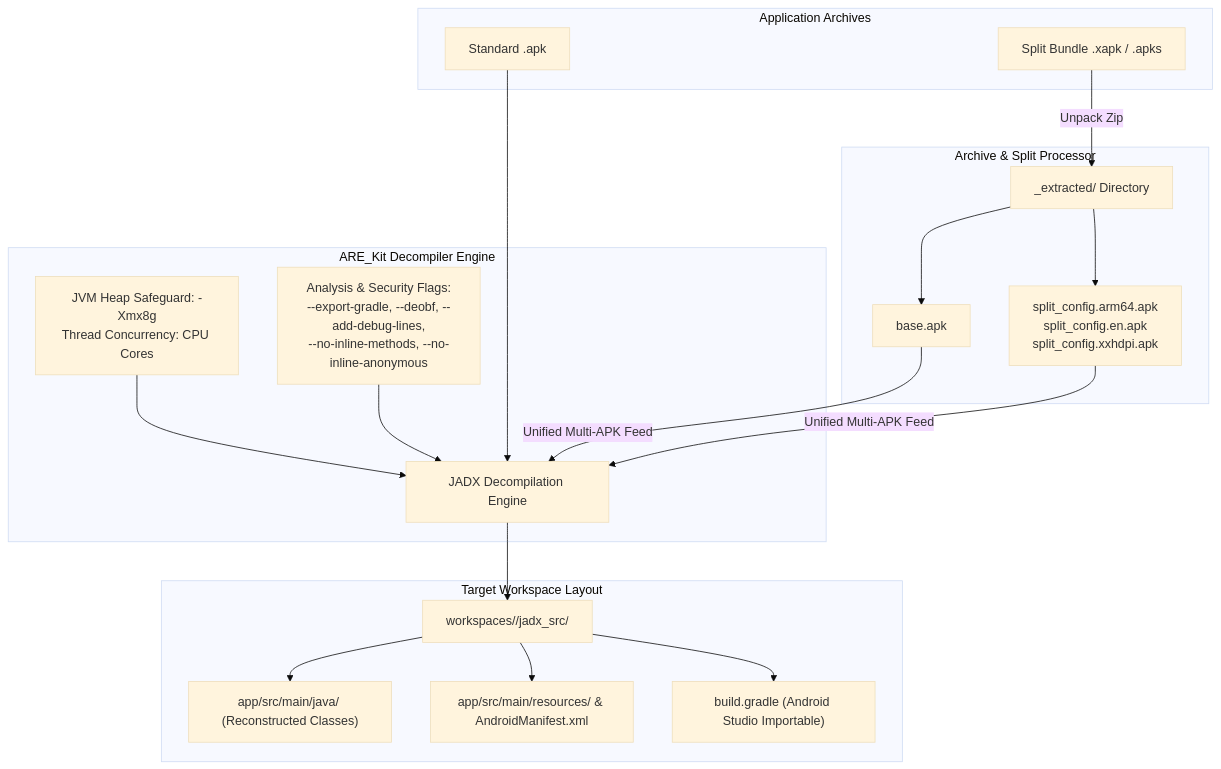
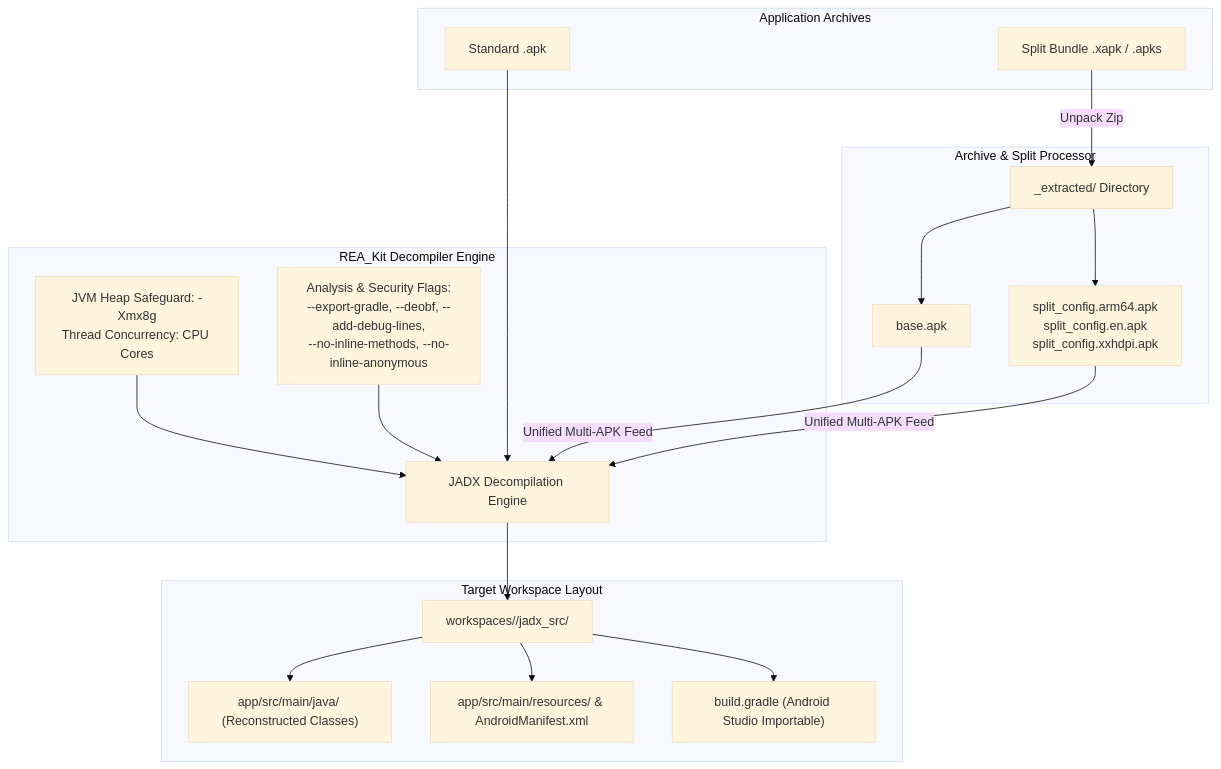
Before and after one commit to impeterwayne/REAKit: the diagram in docs/decompilation.md, drawn with Mermaid (base theme). The commit also changed other lines of this file and 73 other files, not shown here.

Commit message:
feat: rebrand to REA_Kit and add JADX documentation

````diff
--- a/docs/decompilation.md
+++ b/docs/decompilation.md
@@ -11,28 +11,28 @@
 ```mermaid
 graph TD
     subgraph Input ["Application Archives"]
         APK[Standard .apk]
         XAPK[Split Bundle .xapk / .apks]
     end
 
     subgraph Extraction ["Archive & Split Processor"]
         XAPK -->|Unpack Zip| Extracted["_extracted/ Directory"]
         Extracted --> Base[base.apk]
         Extracted --> Splits[split_config.arm64.apk<br/>split_config.en.apk<br/>split_config.xxhdpi.apk]
     end
 
-    subgraph Decompiler ["ARE_Kit Decompiler Engine"]
+    subgraph Decompiler ["REA_Kit Decompiler Engine"]
         APK --> Engine[JADX Decompilation Engine]
         Base & Splits -->|Unified Multi-APK Feed| Engine
         
         Safeguards[JVM Heap Safeguard: -Xmx8g<br/>Thread Concurrency: CPU Cores] --> Engine
         Flags[Analysis & Security Flags:<br/>--export-gradle, --deobf, --add-debug-lines,<br/>--no-inline-methods, --no-inline-anonymous] --> Engine
     end
 
     subgraph Output ["Target Workspace Layout"]
         Engine --> OutputDir["workspaces/<package_name>/jadx_src/"]
         OutputDir --> Src["app/src/main/java/ (Reconstructed Classes)"]
         OutputDir --> Res["app/src/main/resources/ & AndroidManifest.xml"]
         OutputDir --> Gradle["build.gradle (Android Studio Importable)"]
     end
 ```
````
